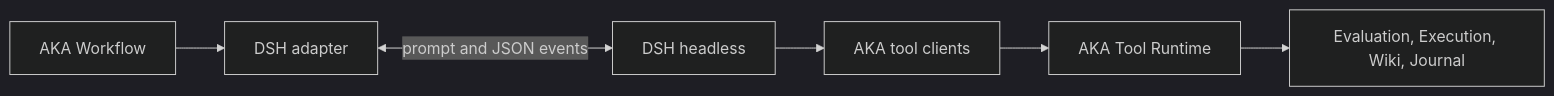
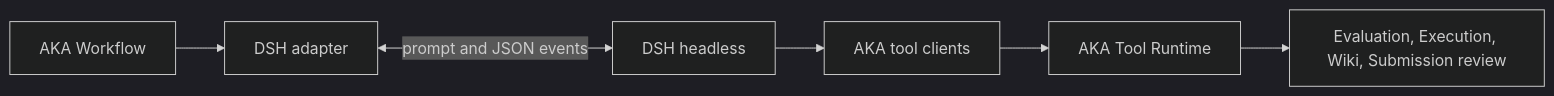
One commit to alibaba/atrex-kernel-agent changed the first of 4 diagrams in docs/dsh-harness-adapter.md. Above: the diagram before and after it, drawn with Mermaid (dark theme). The commit also changed other lines of this file and 7 other files, not shown here.

````diff
--- a/docs/dsh-harness-adapter.md
+++ b/docs/dsh-harness-adapter.md
@@ -124,8 +122,8 @@
 ```mermaid
 flowchart LR
   W[AKA Workflow] --> A[DSH adapter]
   A <-->|prompt and JSON events| D[DSH headless]
   D --> C[AKA tool clients]
   C --> R[AKA Tool Runtime]
-  R --> E[Evaluation, Execution, Wiki, Journal]
+  R --> E[Evaluation, Execution, Wiki, Submission review]
 ```
````
